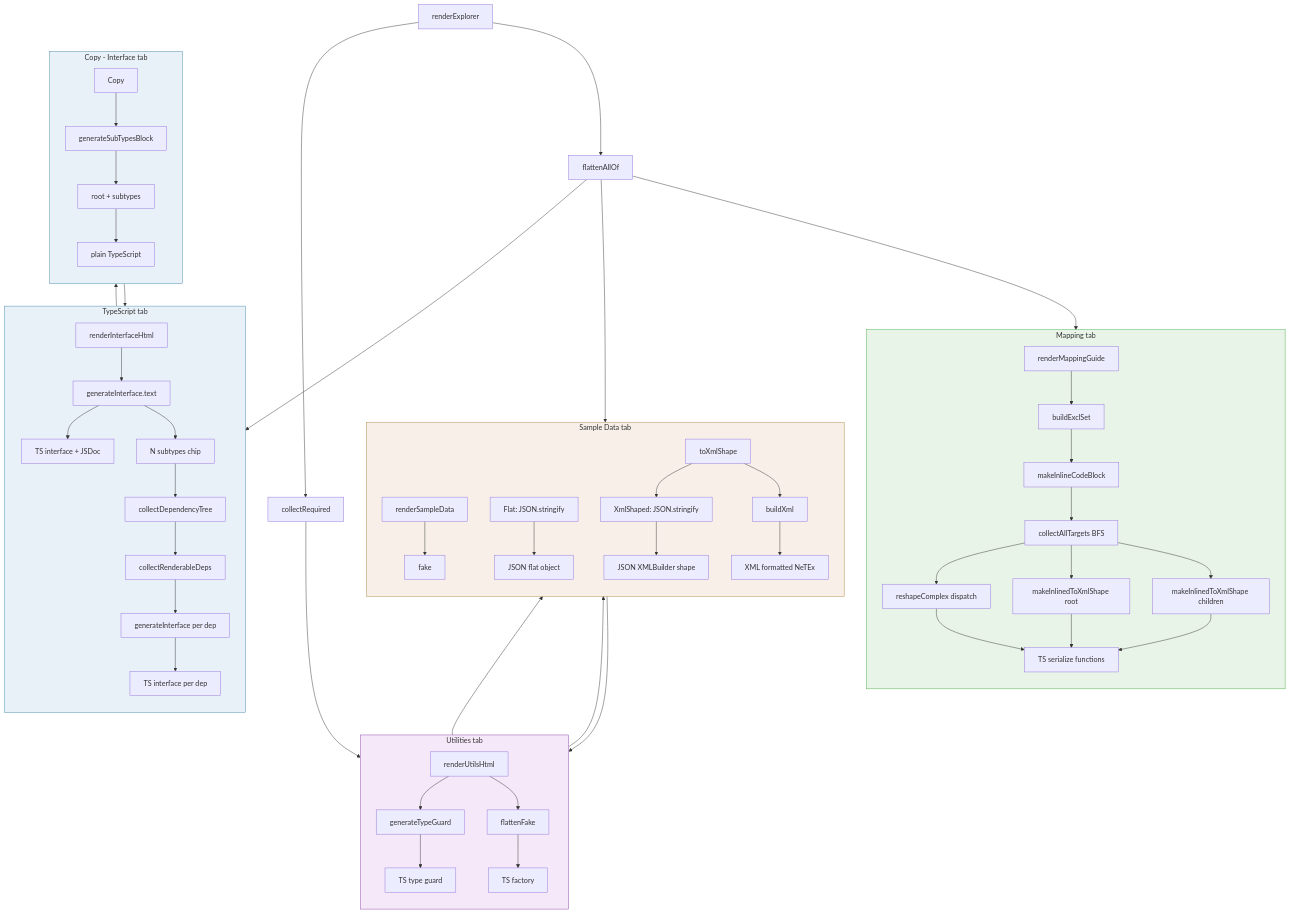
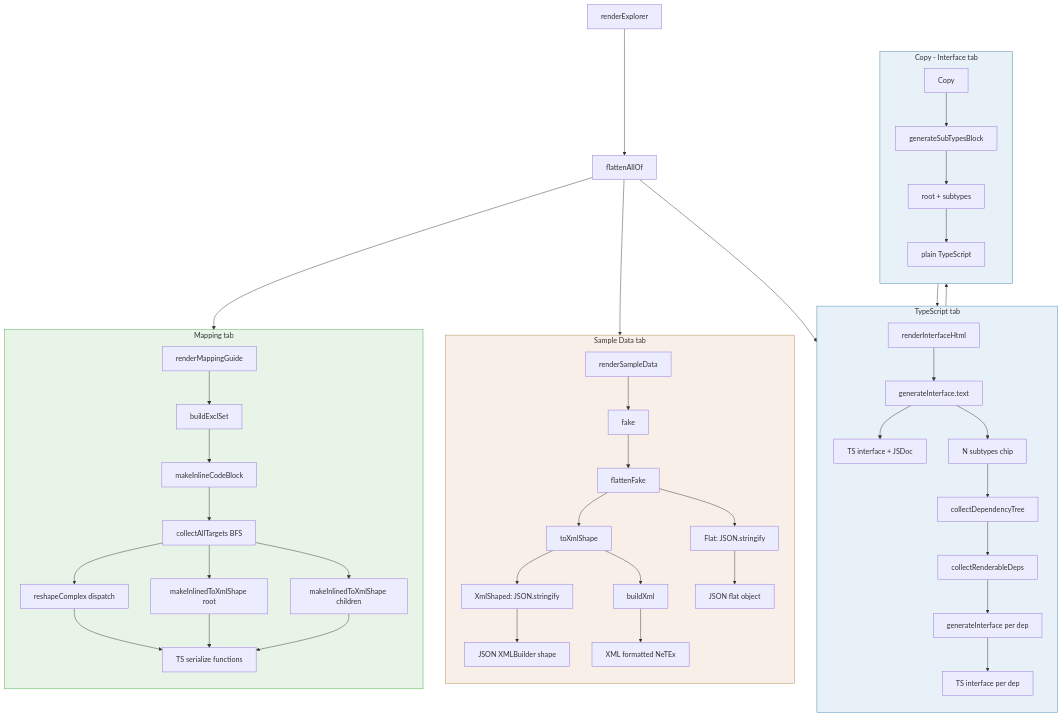
Before and after one commit to entur/netex-typescript-model: the diagram in html-ts-gen/CODEGEN_FLOW.md, drawn with Mermaid. The commit also changed other lines of this file and 12 other files, not shown here.

First line of the commit message:
Retain essential omni props, remove inlineRefs and Utilities tab

````diff
--- a/html-ts-gen/CODEGEN_FLOW.md
+++ b/html-ts-gen/CODEGEN_FLOW.md
@@ -5,70 +5,59 @@
 ```mermaid
 flowchart TB
     entry[renderExplorer] --> flatProps[flattenAllOf]
-    entry --> flatReq[collectRequired]
 
     flatProps --> TS1
     flatProps --> MAP
     flatProps --> SAMPLE
-    flatReq --> UTIL
 
     subgraph TS1["TypeScript tab"]
         direction TB
         ri[renderInterfaceHtml] --> gi[generateInterface]
         gi --> ts1out["TS interface + JSDoc"]
         gi --> chip["N subtypes chip"]
         chip --> cdt[collectDependencyTree]
         cdt --> crd[collectRenderableDeps]
         crd --> gi2["generateInterface per dep"]
         gi2 --> ts2out["TS interface per dep"]
     end
 
     subgraph COPY_TS["Copy - Interface tab"]
         direction TB
         copybtn[Copy] --> gi["generateInterface.text"]
         copybtn --> gstb[generateSubTypesBlock]
         gi --> merge["root + subtypes"]
         gstb --> merge
         merge --> clipboard["plain TypeScript"]
     end
 
     subgraph MAP["Mapping tab"]
         direction TB
         rmg[renderMappingGuide] --> bes[buildExclSet]
         bes --> micb[makeInlineCodeBlock]
         micb --> cat[collectAllTargets BFS]
         cat --> dispatch[reshapeComplex dispatch]
         cat --> rootfn["makeInlinedToXmlShape root"]
         cat --> childfn["makeInlinedToXmlShape children"]
         dispatch --> mapout["TS serialize functions"]
         rootfn --> mapout
         childfn --> mapout
     end
 
-    subgraph UTIL["Utilities tab"]
-        direction TB
-        ru[renderUtilsHtml] --> tg[generateTypeGuard]
-        ru --> ff[generateFactory]
-        tg --> utilout1["TS type guard"]
-        ff --> utilout2["TS factory"]
-    end
-
     subgraph SAMPLE["Sample Data tab"]
         direction TB
         rsd[renderSampleData] --> fake[fake]
         fake --> ff[flattenFake]
         ff --> pill1["Flat: JSON.stringify"]
         ff --> txs[toXmlShape]
         txs --> pill2["XmlShaped: JSON.stringify"]
         txs --> bxml[buildXml]
         pill1 --> json1out["JSON flat object"]
         pill2 --> json2out["JSON XMLBuilder shape"]
         bxml --> xmlout["XML formatted NeTEx"]
     end
 
     style TS1 fill:#e8f0f8,stroke:#48a
     style COPY_TS fill:#e8f0f8,stroke:#48a
     style MAP fill:#e8f4e8,stroke:#4a4
-    style UTIL fill:#f5e8f8,stroke:#84a
     style SAMPLE fill:#f8f0e8,stroke:#a84
 ```
````
